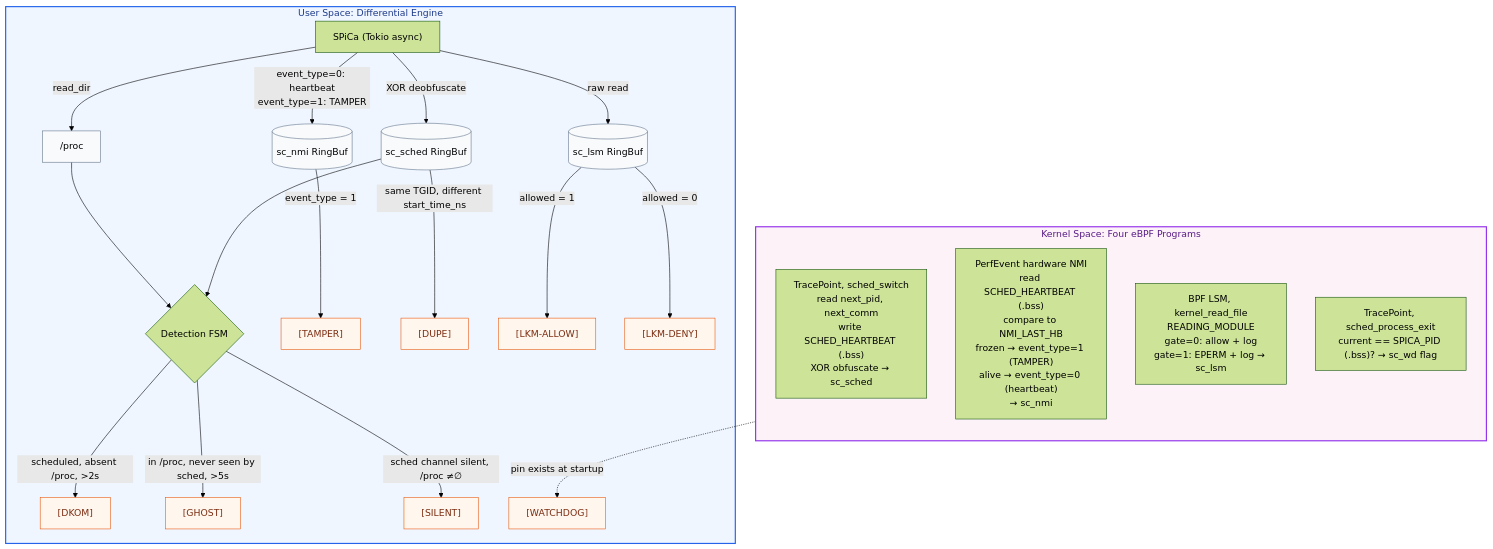
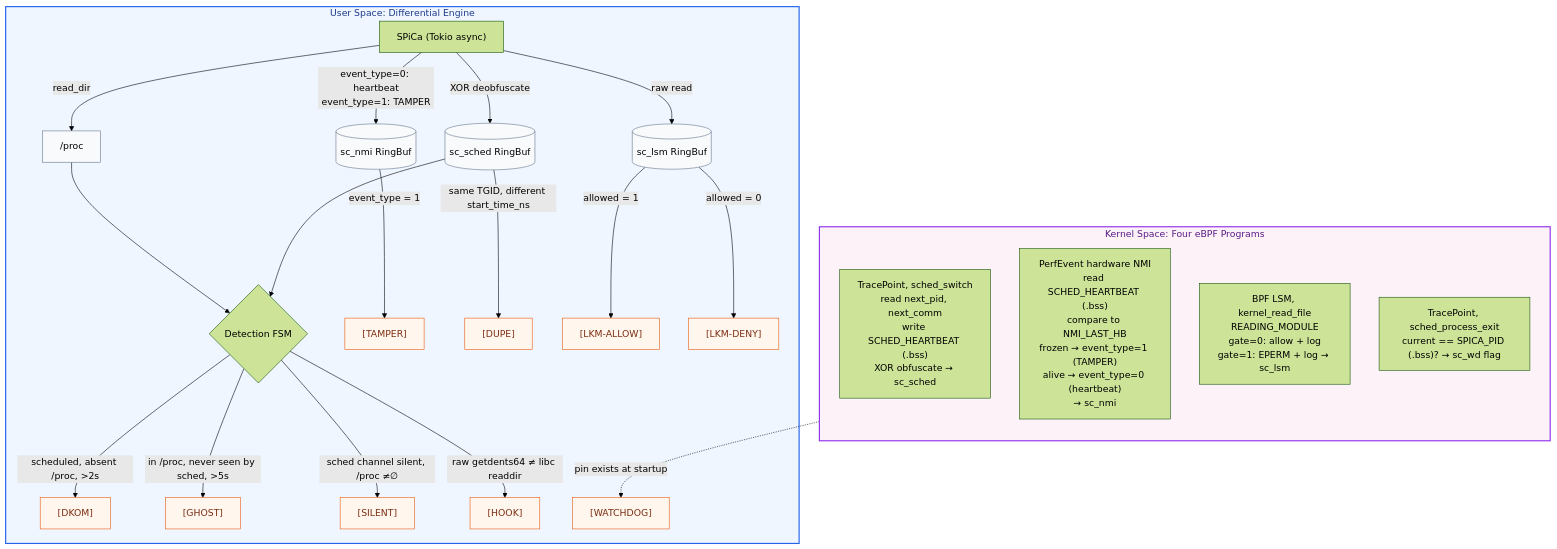
The first of 2 diagrams in README.md (0xKirisame/SPiCa), drawn with Mermaid (forest theme) before and after one commit. The commit also changed other lines of this file and 31 other files, not shown here.

````diff
--- a/README.md
+++ b/README.md
@@ -193,36 +193,37 @@
 ```mermaid
 graph TD
     subgraph RING0["Kernel Space: Four eBPF Programs"]
         direction TB
         SCHED_P["TracePoint, sched_switch<br/>read next_pid, next_comm<br/>write SCHED_HEARTBEAT (.bss)<br/>XOR obfuscate → sc_sched"]
         NMI_P["PerfEvent hardware NMI<br/>read SCHED_HEARTBEAT (.bss)<br/>compare to NMI_LAST_HB<br/>frozen → event_type=1 (TAMPER)<br/>alive → event_type=0 (heartbeat)<br/>→ sc_nmi"]
         LSM_P["BPF LSM, kernel_read_file<br/>READING_MODULE<br/>gate=0: allow + log<br/>gate=1: EPERM + log → sc_lsm"]
         WATCH_P["TracePoint, sched_process_exit<br/>current == SPICA_PID (.bss)? → sc_wd flag"]
     end
 
     subgraph RING3["User Space: Differential Engine"]
         ENGINE["SPiCa (Tokio async)"] -->|XOR deobfuscate| RB_S[(sc_sched RingBuf)]
         ENGINE -->|event_type=0: heartbeat<br/>event_type=1: TAMPER| RB_N[(sc_nmi RingBuf)]
         ENGINE -->|raw read| RB_L[(sc_lsm RingBuf)]
         ENGINE -->|read_dir| PROC[" /proc"]
         RB_S --> FSM{Detection FSM}
         PROC --> FSM
         FSM -->|scheduled, absent /proc, >2s| D1["[DKOM]"]
         FSM -->|in /proc, never seen by sched, >5s| D2["[GHOST]"]
         RB_N -->|event_type = 1| D3["[TAMPER]"]
         FSM -->|sched channel silent, /proc ≠∅| D4["[SILENT]"]
+        FSM -->|raw getdents64 ≠ libc readdir| D9["[HOOK]"]
         RB_S -->|same TGID, different start_time_ns| D5["[DUPE]"]
         RB_L -->|allowed = 1| D7["[LKM-ALLOW]"]
         RB_L -->|allowed = 0| D8["[LKM-DENY]"]
         WATCH_P -.->|pin exists at startup| D6["[WATCHDOG]"]
     end
 
     classDef kernbox  fill:#fdf2f8,stroke:#9333ea,stroke-width:2px,color:#581c87;
     classDef userbox  fill:#eff6ff,stroke:#2563eb,stroke-width:2px,color:#1e3a8a;
     classDef alertbox fill:#fff7ed,stroke:#ea580c,stroke-width:1px,color:#7c2d12;
     classDef storage  fill:#f8fafc,stroke:#64748b,stroke-width:1px;
     class RING0 kernbox;
     class RING3 userbox;
-    class D1,D2,D3,D4,D5,D6,D7,D8 alertbox;
+    class D1,D2,D3,D4,D5,D6,D7,D8,D9 alertbox;
     class RB_S,RB_N,RB_L,PROC storage;
 ```
````
